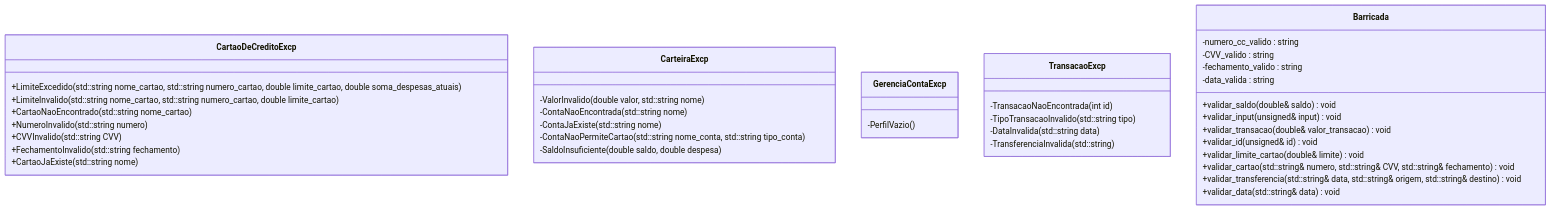
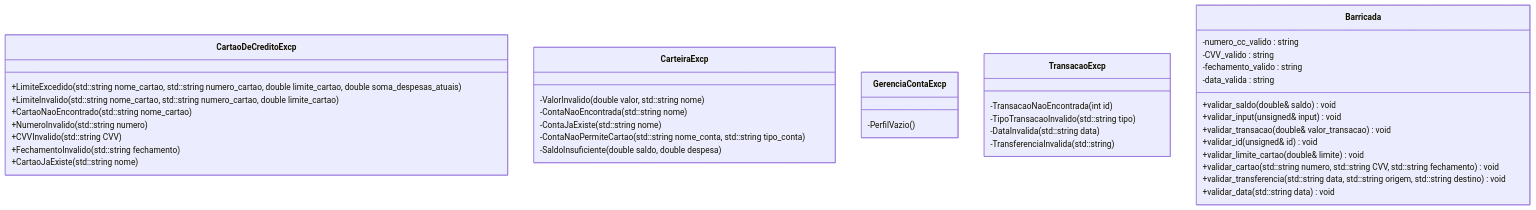
The diagram in docs/diagrama_excecao.md (Le0-1/projeto-final-pd2), drawn with Mermaid before and after one commit. The commit also changed 5 other files, not shown here.

````diff
--- a/docs/diagrama_excecao.md
+++ b/docs/diagrama_excecao.md
@@ -1,49 +1,49 @@
 ```mermaid
 classDiagram
 
 class CartaoDeCreditoExcp {
     +LimiteExcedido(std::string nome_cartao, std::string numero_cartao, double limite_cartao, double soma_despesas_atuais)
     +LimiteInvalido(std::string nome_cartao, std::string numero_cartao, double limite_cartao)
     +CartaoNaoEncontrado(std::string nome_cartao)
     +NumeroInvalido(std::string numero)
     +CVVInvalido(std::string CVV) 
     +FechamentoInvalido(std::string fechamento)
     +CartaoJaExiste(std::string nome)
 }
 
 class CarteiraExcp {
     -ValorInvalido(double valor, std::string nome)
     -ContaNaoEncontrada(std::string nome)
     -ContaJaExiste(std::string nome)
     -ContaNaoPermiteCartao(std::string nome_conta, std::string tipo_conta)
     -SaldoInsuficiente(double saldo, double despesa)
 }
 
 class GerenciaContaExcp {
     -PerfilVazio()
 }
 
 class TransacaoExcp {
     -TransacaoNaoEncontrada(int id)
     -TipoTransacaoInvalido(std::string tipo)
     -DataInvalida(std::string data)
     -TransferenciaInvalida(std::string)
 }
 
 class Barricada {
     -numero_cc_valido : string
     -CVV_valido : string
     -fechamento_valido : string
     -data_valida : string
 
     +validar_saldo(double& saldo) void
     +validar_input(unsigned& input) void
     +validar_transacao(double& valor_transacao) void
     +validar_id(unsigned& id) void
     +validar_limite_cartao(double& limite) void
-    +validar_cartao(std::string& numero, std::string& CVV, std::string& fechamento) void
-    +validar_transferencia(std::string& data, std::string& origem, std::string& destino) void
-    +validar_data(std::string& data) void
+    +validar_cartao(std::string numero, std::string CVV, std::string fechamento) void
+    +validar_transferencia(std::string data, std::string origem, std::string destino) void
+    +validar_data(std::string data) void
 }
 
 ```
````
